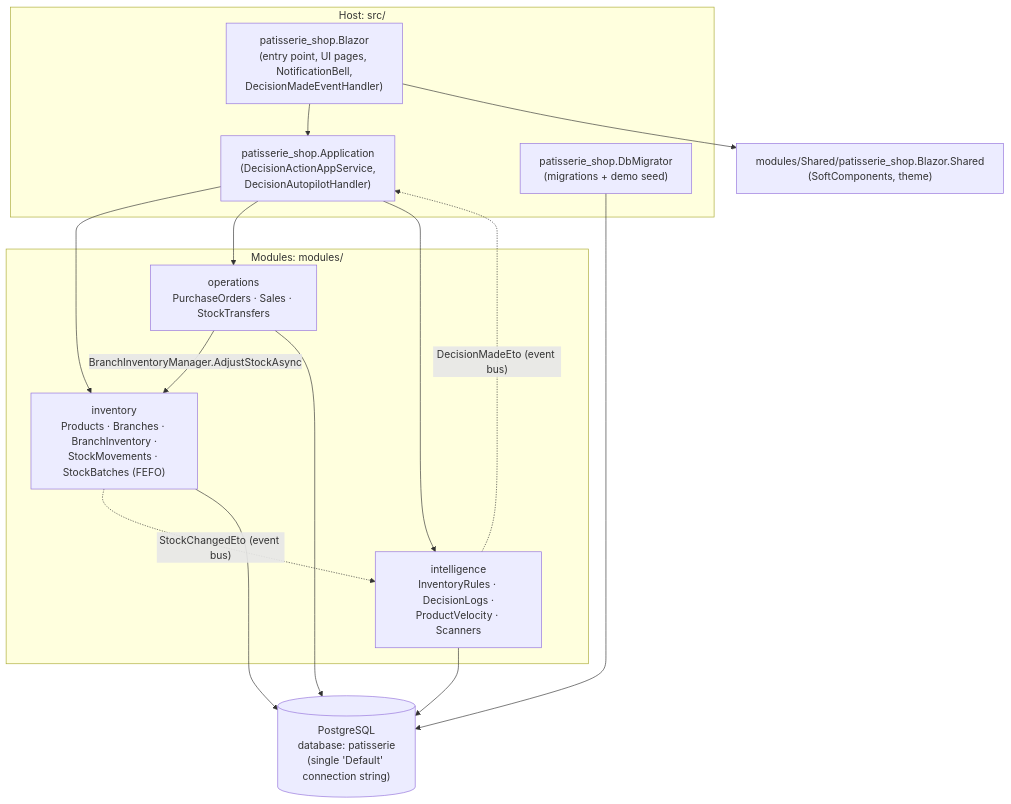
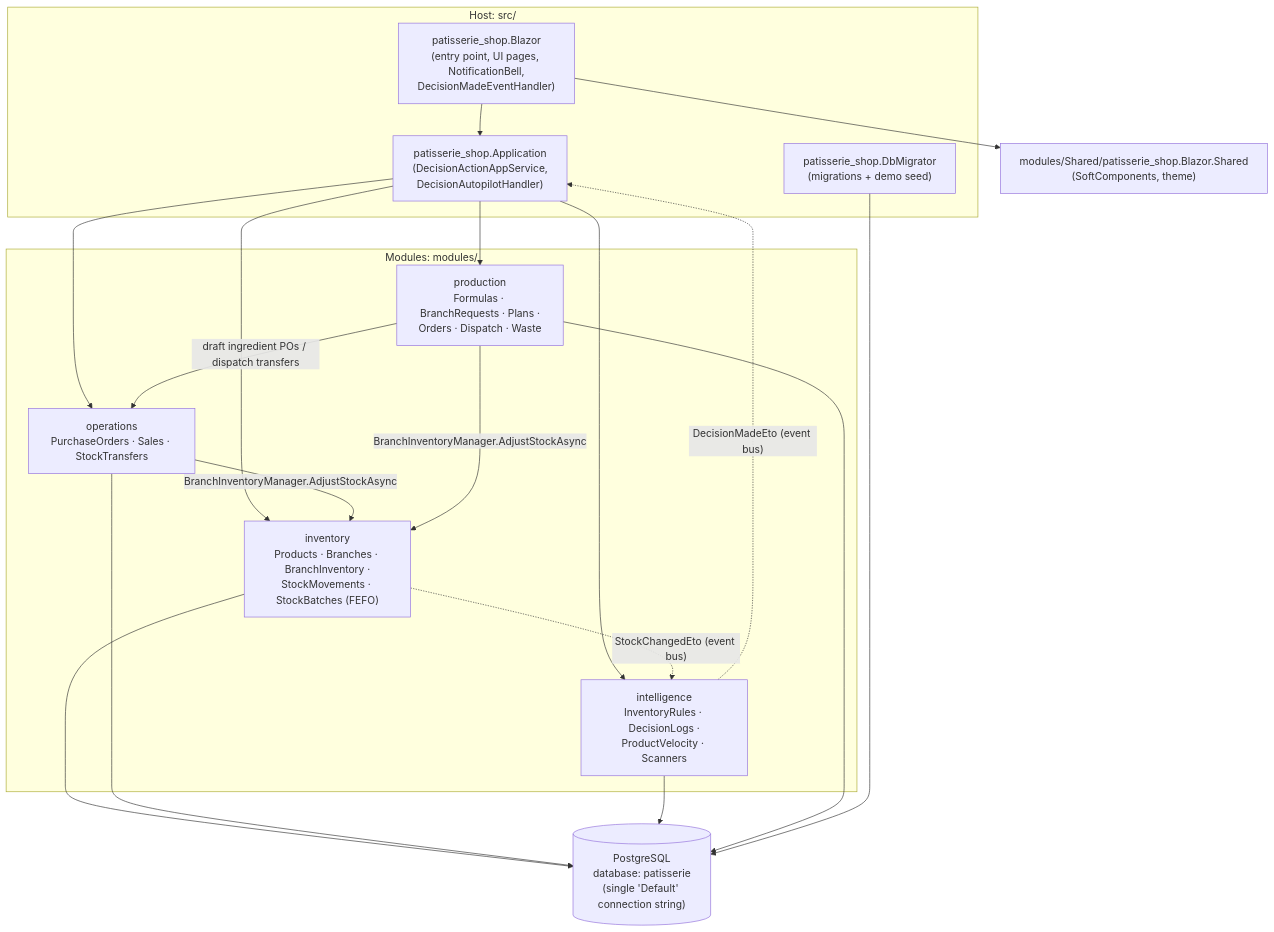
The first of 4 diagrams in docs/architecture.md (FaresFms/patisserie_shop), drawn with Mermaid before and after one commit. The commit also changed other lines of this file and 246 other files, not shown here.

````diff
--- a/docs/architecture.md
+++ b/docs/architecture.md
@@ -19,30 +19,35 @@
 ```mermaid
 flowchart TB
     subgraph Host["Host: src/"]
         Blazor["patisserie_shop.Blazor<br/>(entry point, UI pages, NotificationBell,<br/>DecisionMadeEventHandler)"]
         HostApp["patisserie_shop.Application<br/>(DecisionActionAppService,<br/>DecisionAutopilotHandler)"]
         Migrator["patisserie_shop.DbMigrator<br/>(migrations + demo seed)"]
     end
 
     subgraph Modules["Modules: modules/"]
         Inv["inventory<br/>Products · Branches · BranchInventory ·<br/>StockMovements · StockBatches (FEFO)"]
         Ops["operations<br/>PurchaseOrders · Sales · StockTransfers"]
         Intel["intelligence<br/>InventoryRules · DecisionLogs ·<br/>ProductVelocity · Scanners"]
+        Prod["production<br/>Formulas · BranchRequests · Plans ·<br/>Orders · Dispatch · Waste"]
     end
 
     Shared["modules/Shared/patisserie_shop.Blazor.Shared<br/>(SoftComponents, theme)"]
     DB[("PostgreSQL<br/>database: patisserie<br/>(single 'Default' connection string)")]
 
     Blazor --> HostApp
     Blazor --> Shared
     HostApp --> Inv
     HostApp --> Ops
     HostApp --> Intel
+    HostApp --> Prod
     Ops -->|"BranchInventoryManager.AdjustStockAsync"| Inv
+    Prod -->|"BranchInventoryManager.AdjustStockAsync"| Inv
+    Prod -->|"draft ingredient POs / dispatch transfers"| Ops
     Inv -.->|"StockChangedEto (event bus)"| Intel
     Intel -.->|"DecisionMadeEto (event bus)"| HostApp
     Inv --> DB
     Ops --> DB
     Intel --> DB
+    Prod --> DB
     Migrator --> DB
 ```
````
